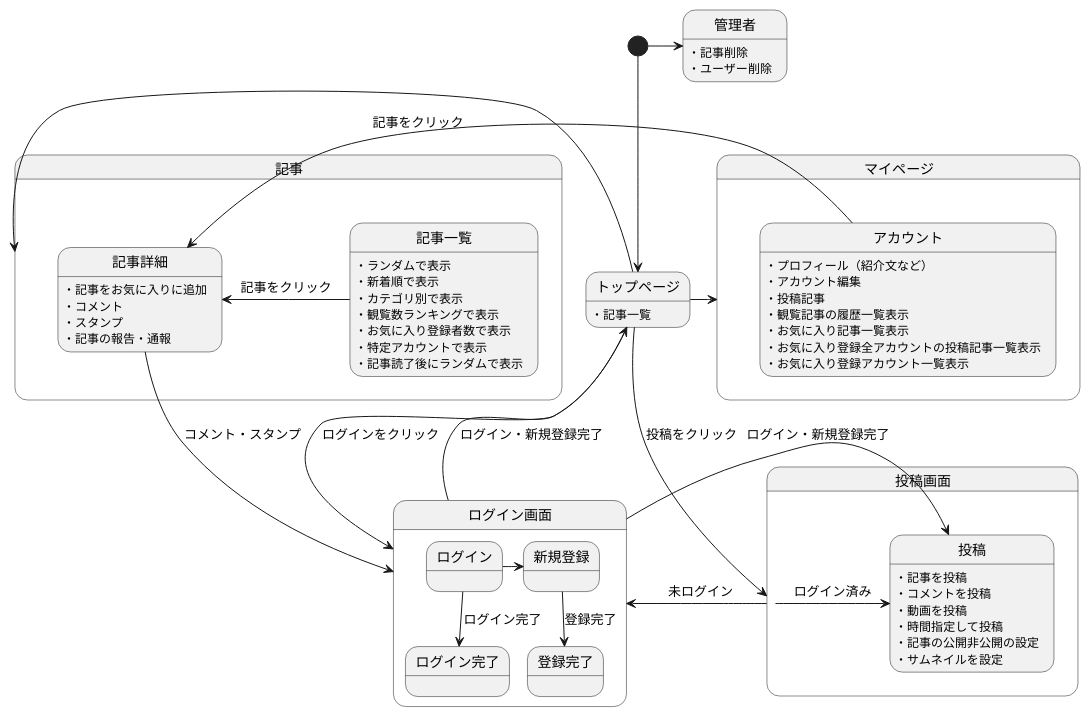
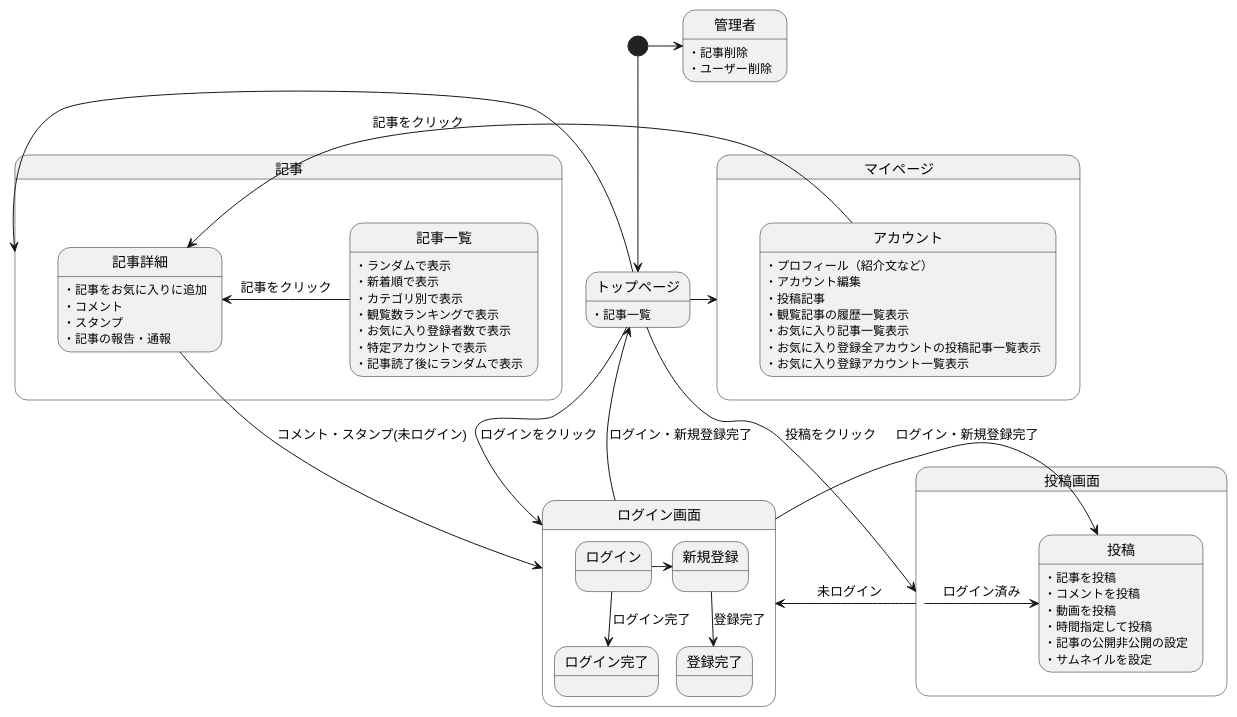
One commit to Aso2001001/2022System changed the diagram in 後期画面遷移.md. Above: the diagram before and after it, drawn with PlantUML.

````diff
--- a/後期画面遷移.md
+++ b/後期画面遷移.md
@@ -1,76 +1,76 @@
 ```uml
 @startuml
 [*] --> トップページ
 
 
 トップページ -> 記事
 トップページ -left-> マイページ
 トップページ -> 投稿画面 : 投稿をクリック
 
 トップページ:・記事一覧
 
 トップページ -down-> ログイン画面 : ログインをクリック
 
 ログイン画面 -> トップページ : ログイン・新規登録完了
 
 state ログイン画面{
 ログイン -> 新規登録
 ログイン -down-> ログイン完了 : ログイン完了
 新規登録 -down-> 登録完了 : 登録完了
 }
 
 state 記事{
 記事一覧 -left-> 記事詳細 : 記事をクリック
-記事詳細 -> ログイン画面 :コメント・スタンプ
+記事詳細 -> ログイン画面 :コメント・スタンプ(未ログイン)
 
 記事一覧:・ランダムで表示
 記事一覧:・新着順で表示
 記事一覧:・カテゴリ別で表示
 記事一覧:・観覧数ランキングで表示
 記事一覧:・お気に入り登録者数で表示
 記事一覧:・特定アカウントで表示
 記事一覧:・記事読了後にランダムで表示
 
 記事詳細:・記事をお気に入りに追加
 記事詳細:・コメント
 記事詳細:・スタンプ
 記事詳細:・記事の報告・通報
 
 }
 
 state 投稿画面{
 投稿画面 -> ログイン画面 : 未ログイン
 投稿画面 -> 投稿 : ログイン済み
 ログイン画面 -> 投稿 :ログイン・新規登録完了
 
 投稿:・記事を投稿
 投稿:・コメントを投稿
 投稿:・動画を投稿
 投稿:・時間指定して投稿
 投稿:・記事の公開非公開の設定
 投稿:・サムネイルを設定
 
 }
 
 state マイページ{
 
 アカウント -> 記事詳細 : 記事をクリック
 
 アカウント:・プロフィール（紹介文など）
 アカウント:・アカウント編集
 アカウント:・投稿記事
 アカウント:・観覧記事の履歴一覧表示
 アカウント:・お気に入り記事一覧表示
 アカウント:・お気に入り登録全アカウントの投稿記事一覧表示
 アカウント:・お気に入り登録アカウント一覧表示
 
 }
 
 
 [*] -right-> 管理者
 管理者:・記事削除
 管理者:・ユーザー削除
 
 
 @enduml
 ```
````
